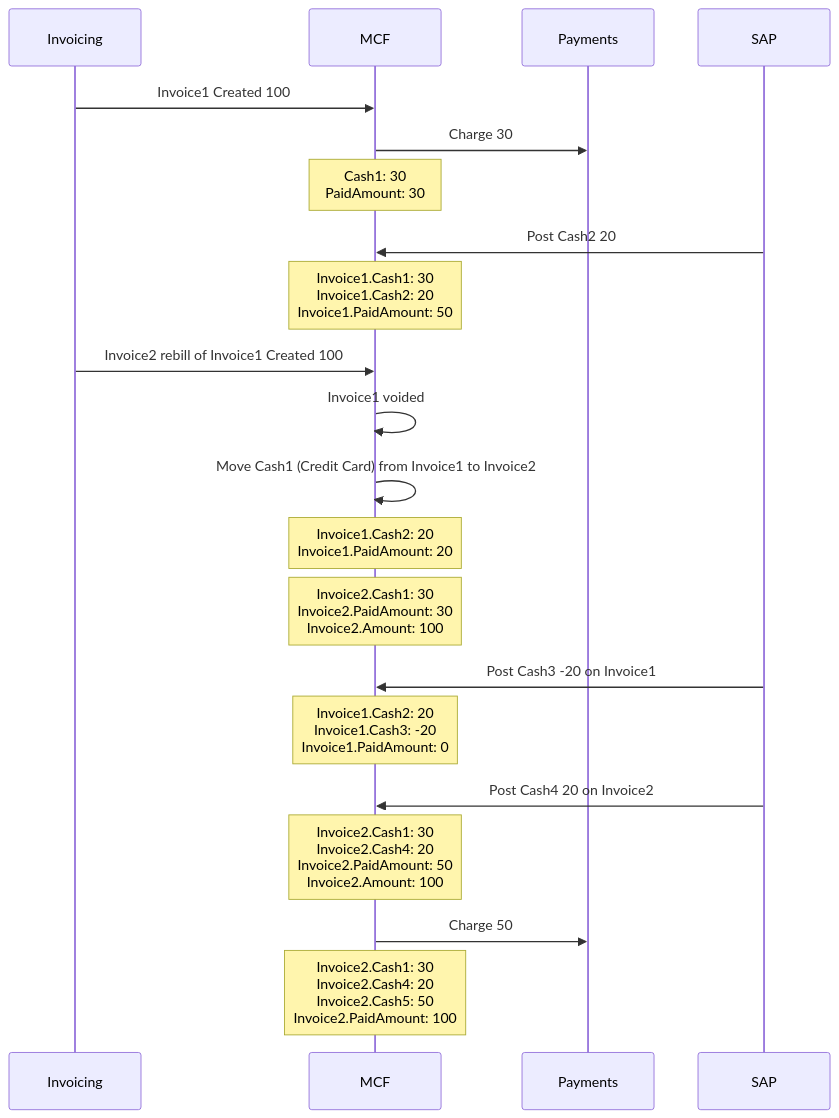
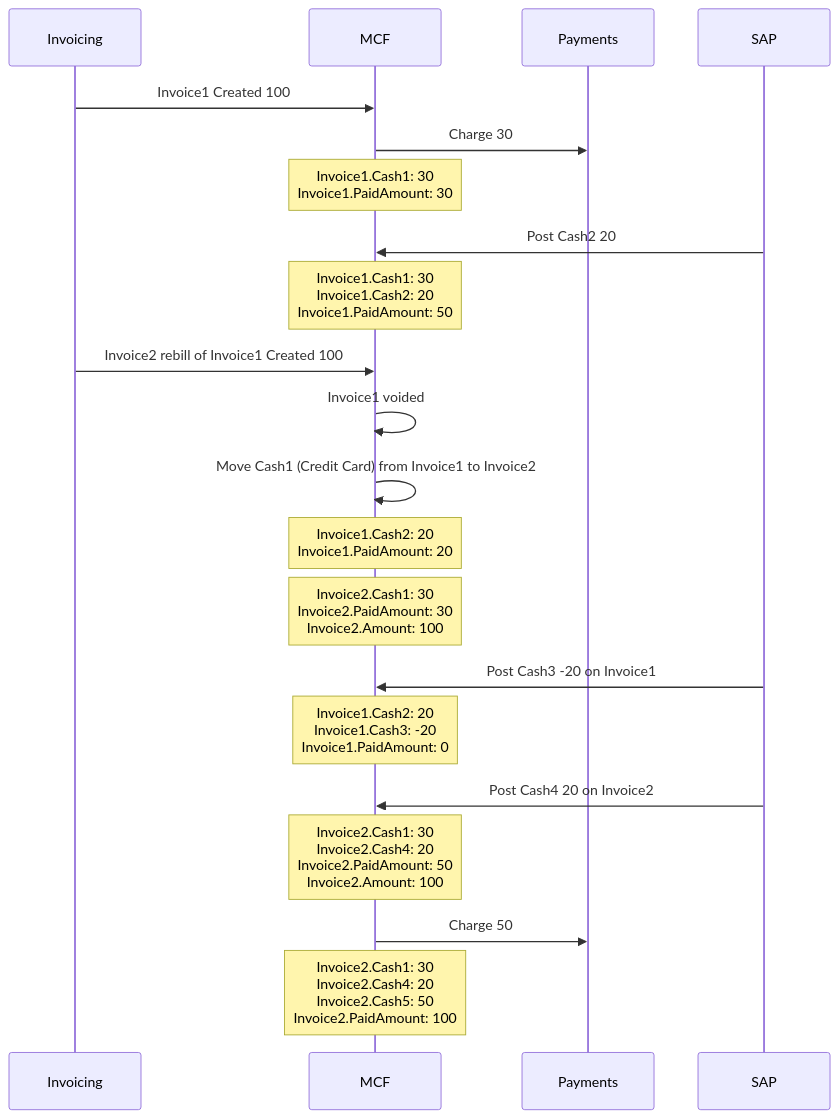
Diagram 11 of 12 in MCF-SAP Scenarios.md (vikramsinha/test1), drawn with Mermaid before and after one commit.

Commit message:
Update MCF-SAP Scenarios.md

````diff
--- a/MCF-SAP Scenarios.md
+++ b/MCF-SAP Scenarios.md
@@ -214,24 +214,24 @@
 ```mermaid
 %%{init: {'theme': 'default'} }%%
 sequenceDiagram
     participant Invoicing
     participant MCF
     participant Payments
     participant SAP
     Invoicing->>MCF: Invoice1 Created 100
     MCF->>Payments: Charge 30
-    Note over MCF: Cash1: 30<br/>PaidAmount: 30
+    Note over MCF: Invoice1.Cash1: 30<br/>Invoice1.PaidAmount: 30
     SAP->>MCF: Post Cash2 20
     Note over MCF: Invoice1.Cash1: 30<br/>Invoice1.Cash2: 20<br/>Invoice1.PaidAmount: 50
     Invoicing->>MCF: Invoice2 rebill of Invoice1 Created 100
     MCF->>MCF: Invoice1 voided
     MCF->>MCF: Move Cash1 (Credit Card) from Invoice1 to Invoice2
     Note over MCF: Invoice1.Cash2: 20<br/>Invoice1.PaidAmount: 20
     Note over MCF: Invoice2.Cash1: 30<br/>Invoice2.PaidAmount: 30<br/>Invoice2.Amount: 100
     SAP->>MCF: Post Cash3 -20 on Invoice1
     Note over MCF: Invoice1.Cash2: 20<br/>Invoice1.Cash3: -20<br/>Invoice1.PaidAmount: 0
     SAP->>MCF: Post Cash4 20 on Invoice2
     Note over MCF: Invoice2.Cash1: 30<br/>Invoice2.Cash4: 20<br/>Invoice2.PaidAmount: 50<br/>Invoice2.Amount: 100
     MCF->>Payments: Charge 50
     Note over MCF: Invoice2.Cash1: 30<br/>Invoice2.Cash4: 20<br/>Invoice2.Cash5: 50<br/>Invoice2.PaidAmount: 100
 ```
````
